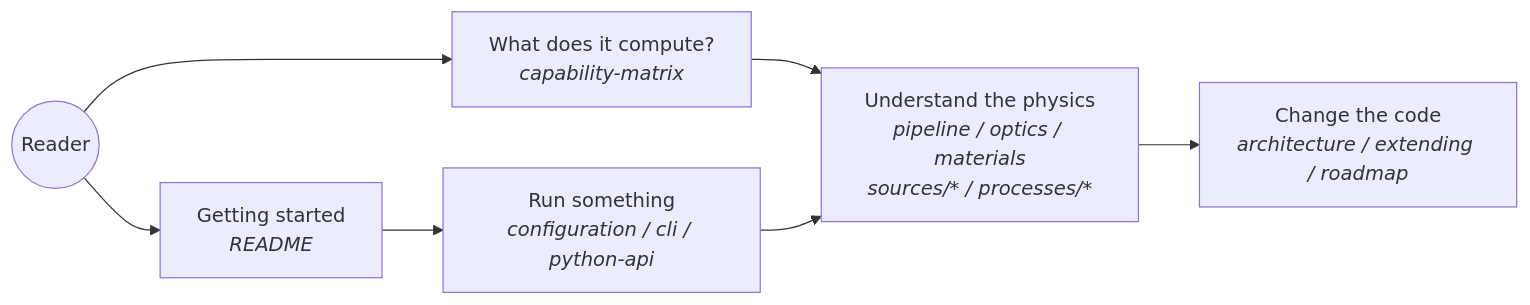
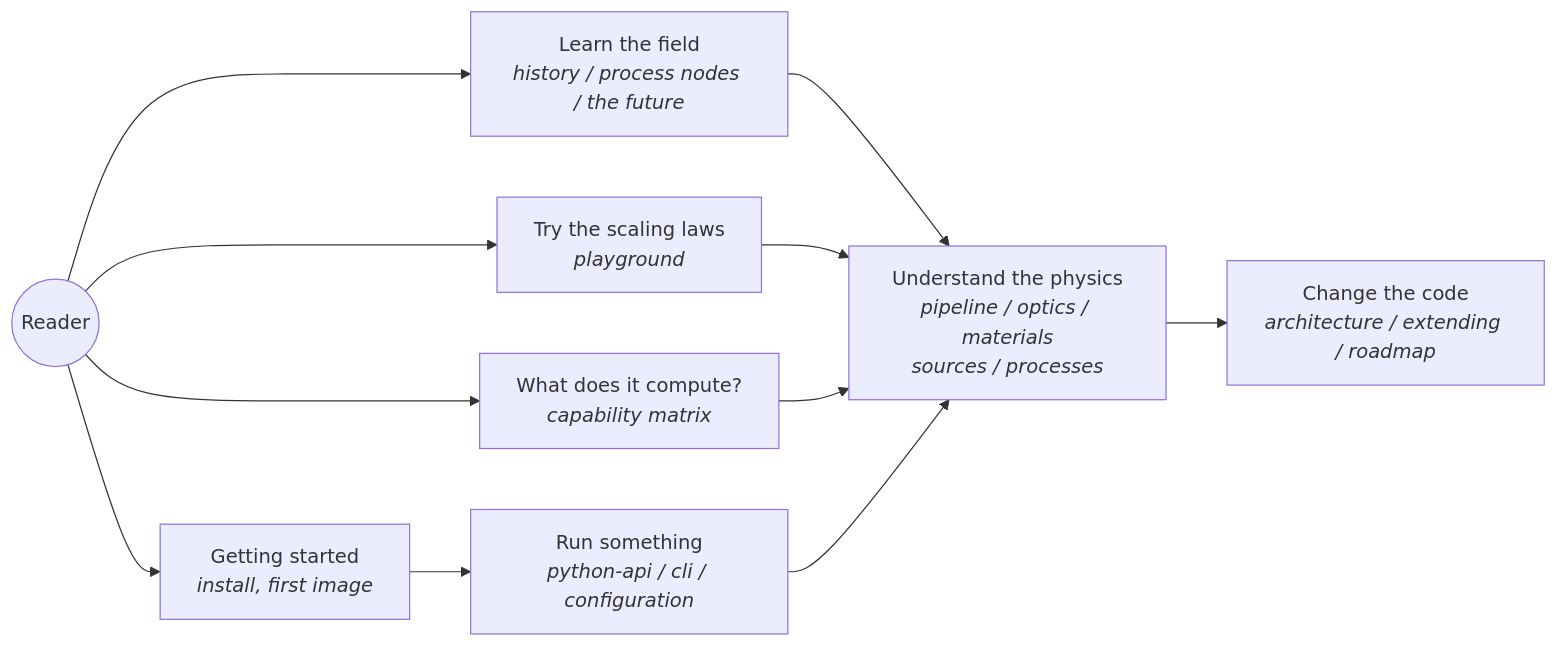
The diagram in docs/index.md (sonoransun/highuvlith), drawn with Mermaid before and after one commit. The commit also changed other lines of this file and 496 other files, not shown here.

````diff
--- a/docs/index.md
+++ b/docs/index.md
@@ -65,9 +198,13 @@
 ```mermaid
 graph LR
-    START((Reader)) --> GS["Getting started<br/><i>README</i>"]
-    START --> WHAT["What does it compute?<br/><i>capability-matrix</i>"]
-    GS --> RUN["Run something<br/><i>configuration / cli / python-api</i>"]
-    WHAT --> PHYS["Understand the physics<br/><i>pipeline / optics / materials<br/>sources/* / processes/*</i>"]
+    READER((Reader)) --> LEARN["Learn the field<br/><i>history / process nodes / the future</i>"]
+    READER --> PLAY["Try the scaling laws<br/><i>playground</i>"]
+    READER --> GS["Getting started<br/><i>install, first image</i>"]
+    READER --> WHAT["What does it compute?<br/><i>capability matrix</i>"]
+    LEARN --> PHYS
+    PLAY --> PHYS
+    GS --> RUN["Run something<br/><i>python-api / cli / configuration</i>"]
+    WHAT --> PHYS["Understand the physics<br/><i>pipeline / optics / materials<br/>sources / processes</i>"]
+    RUN --> PHYS
     PHYS --> EXT["Change the code<br/><i>architecture / extending / roadmap</i>"]
-    RUN --> PHYS
 ```
````
